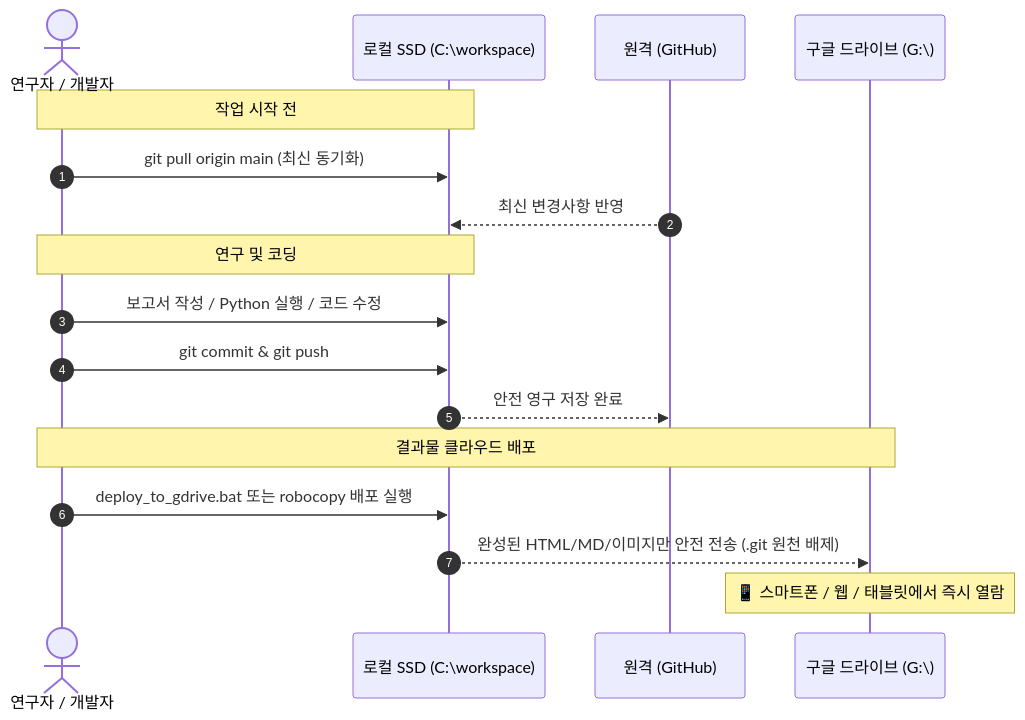
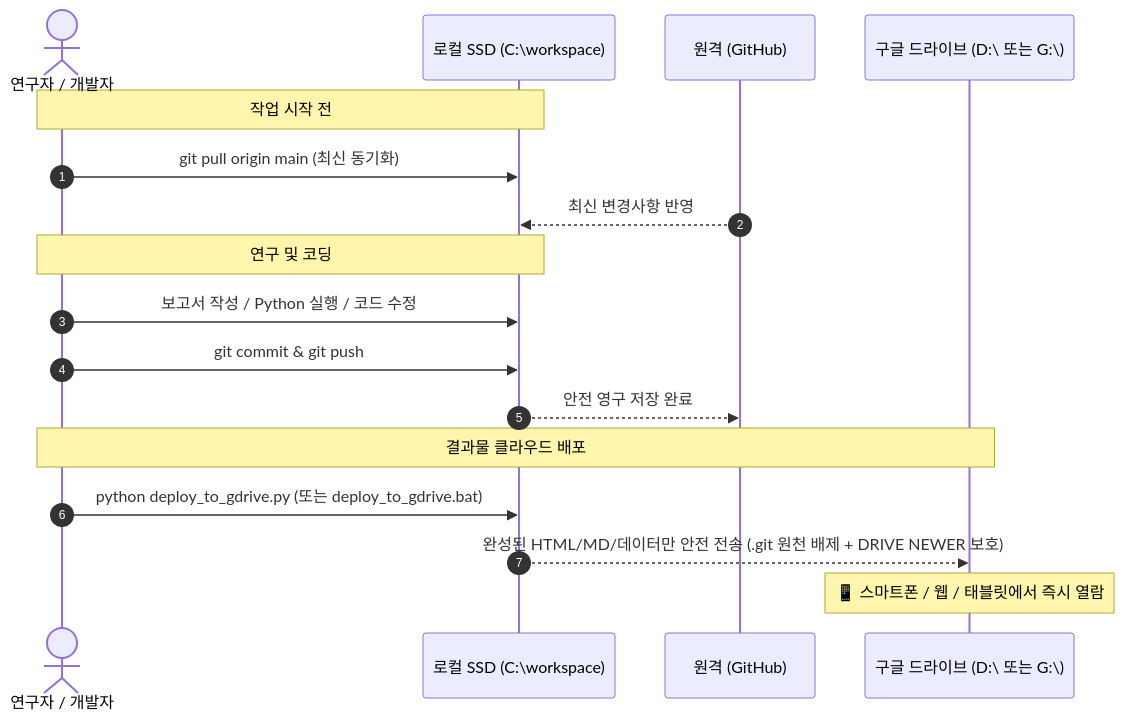
One commit to jaehyokim-sketch/acupoint_anatomy changed the second of 2 diagrams in docs/Git_저장소_로컬_분리_설정_가이드.md. Above: the diagram before and after it, drawn with Mermaid. The commit also changed other lines of this file and 1 other file, not shown here.

First line of the commit message:
docs: Git 저장소 로컬 분리 설정 가이드 v1.4 현행화

````diff
--- a/docs/Git_저장소_로컬_분리_설정_가이드.md
+++ b/docs/Git_저장소_로컬_분리_설정_가이드.md
@@ -211,22 +250,22 @@
 ```mermaid
 sequenceDiagram
     autonumber
     actor User as 연구자 / 개발자
     participant Local as 로컬 SSD (C:\workspace)
     participant GitHub as 원격 (GitHub)
-    participant GDrive as 구글 드라이브 (G:\)
+    participant GDrive as 구글 드라이브 (D:\ 또는 G:\)
 
     Note over User,Local: 작업 시작 전
     User->>Local: git pull origin main (최신 동기화)
     GitHub-->>Local: 최신 변경사항 반영
 
     Note over User,Local: 연구 및 코딩
     User->>Local: 보고서 작성 / Python 실행 / 코드 수정
     User->>Local: git commit & git push
     Local-->>GitHub: 안전 영구 저장 완료
 
     Note over User,GDrive: 결과물 클라우드 배포
-    User->>Local: deploy_to_gdrive.bat 또는 robocopy 배포 실행
-    Local-->>GDrive: 완성된 HTML/MD/이미지만 안전 전송 (.git 원천 배제)
+    User->>Local: python deploy_to_gdrive.py (또는 deploy_to_gdrive.bat)
+    Local-->>GDrive: 완성된 HTML/MD/데이터만 안전 전송 (.git 원천 배제 + DRIVE NEWER 보호)
     Note over GDrive: 📱 스마트폰 / 웹 / 태블릿에서 즉시 열람
 ```
````
